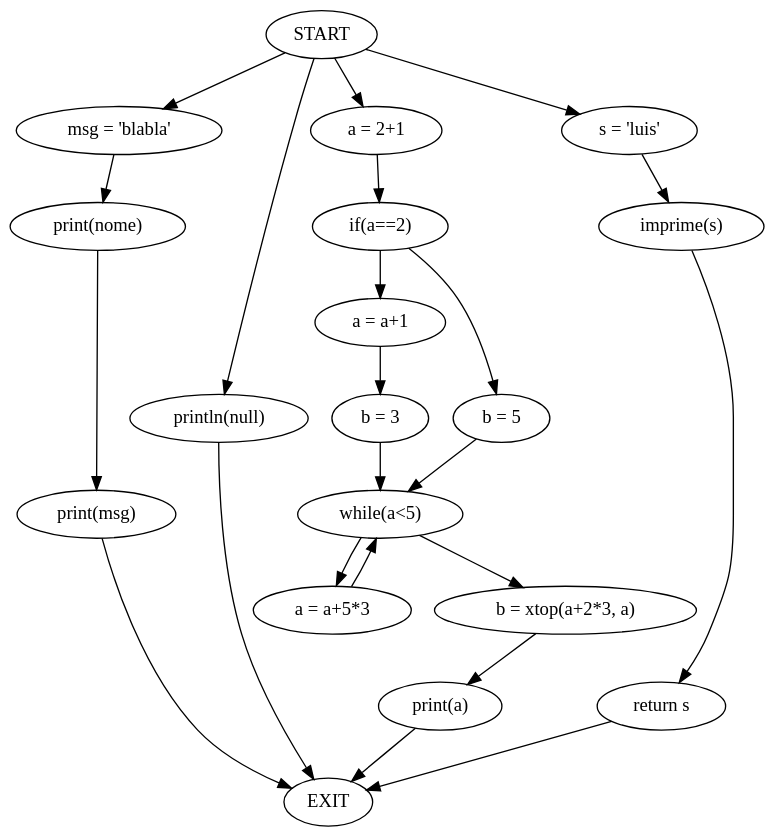
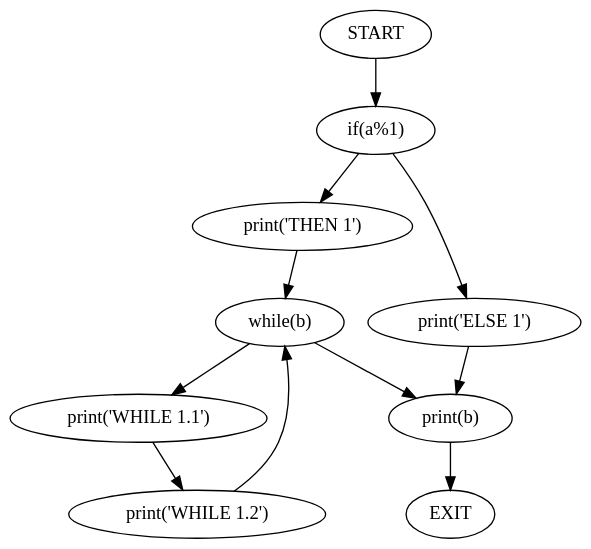
One commit to MiguelCosta/EngenhariaDeLinguagens changed the diagram in ATS/Fichas/Cmb/Gramatica/output/cfg.gv. Above: the diagram before and after it, drawn with Graphviz. The commit also changed 12 other files, not shown here.

```diff
--- a/ATS/Fichas/Cmb/Gramatica/output/cfg.gv
+++ b/ATS/Fichas/Cmb/Gramatica/output/cfg.gv
@@ -1,25 +1,13 @@
 digraph mainmap {
 graph [bgcolor=transparent];
-"START" -> "msg = 'blabla'";
-"START" -> "println(null)";
-"START" -> "a = 2+1";
-"START" -> "s = 'luis'";
-"msg = 'blabla'" -> "print(nome)";
-"print(nome)" -> "print(msg)";
-"print(msg)" -> "EXIT";
-"println(null)" -> "EXIT";
-"a = 2+1" -> "if(a==2)";
-"if(a==2)" -> "a = a+1";
-"if(a==2)" -> "b = 5";
-"a = a+1" -> "b = 3";
-"b = 3" -> "while(a<5)";
-"b = 5" -> "while(a<5)";
-"while(a<5)" -> "a = a+5*3";
-"while(a<5)" -> "b = xtop(a+2*3, a)";
-"a = a+5*3" -> "while(a<5)";
-"b = xtop(a+2*3, a)" -> "print(a)";
-"print(a)" -> "EXIT";
-"s = 'luis'" -> "imprime(s)";
-"imprime(s)" -> "return s";
-"return s" -> "EXIT";
+"START" -> "if(a%1)";
+"if(a%1)" -> "print('THEN 1')";
+"if(a%1)" -> "print('ELSE 1')";
+"print('THEN 1')" -> "while(b)";
+"while(b)" -> "print('WHILE 1.1')";
+"while(b)" -> "print(b)";
+"print('WHILE 1.1')" -> "print('WHILE 1.2')";
+"print('WHILE 1.2')" -> "while(b)";
+"print('ELSE 1')" -> "print(b)";
+"print(b)" -> "EXIT";
 }
```
